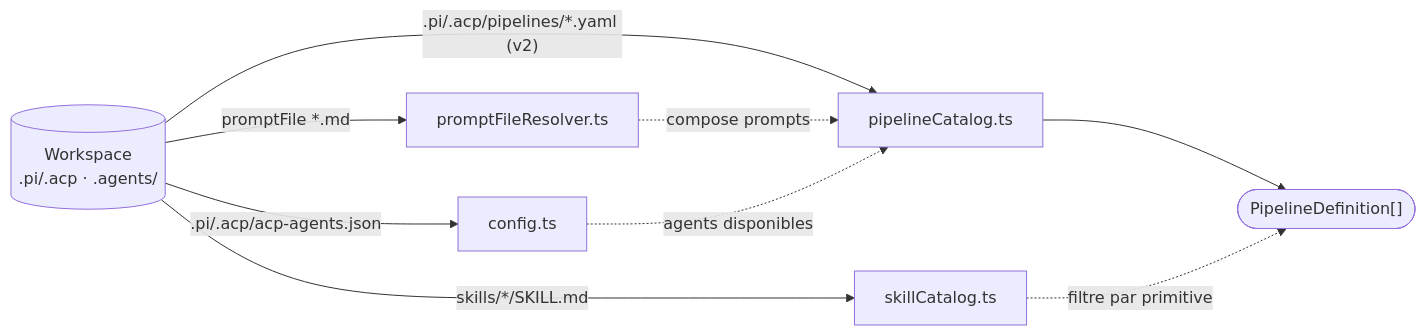
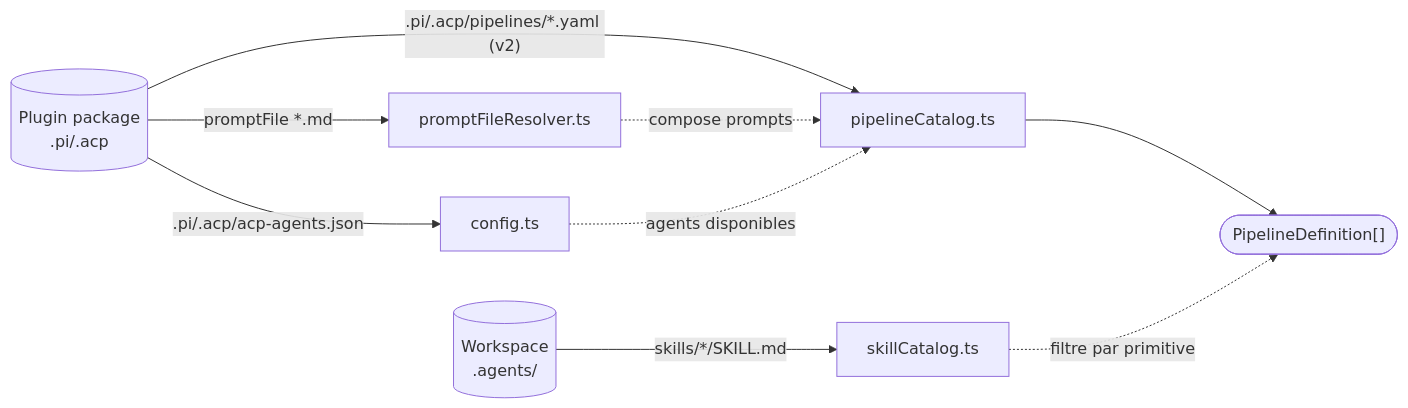
The second of 4 diagrams in plugin-pi/README.md (maurice30120/vscode-acp), drawn with Mermaid before and after one commit. The commit also changed other lines of this file and 202 other files, not shown here.

````diff
--- a/plugin-pi/README.md
+++ b/plugin-pi/README.md
@@ -241,19 +254,20 @@
 ```mermaid
 flowchart LR
-  Disk[("Workspace<br/>.pi/.acp · .agents/")]
+  Plugin[("Plugin package<br/>.pi/.acp")]
+  Disk[("Workspace<br/>.agents/")]
   Cfg["config.ts"]
   Pipes["pipelineCatalog.ts"]
   PromptFiles["promptFileResolver.ts"]
   Skills["skillCatalog.ts"]
   Defs(["PipelineDefinition[]"])
 
-  Disk -->|".pi/.acp/acp-agents.json"| Cfg
-  Disk -->|".pi/.acp/pipelines/*.yaml (v2)"| Pipes
-  Disk -->|"promptFile *.md"| PromptFiles
+  Plugin -->|".pi/.acp/acp-agents.json"| Cfg
+  Plugin -->|".pi/.acp/pipelines/*.yaml (v2)"| Pipes
+  Plugin -->|"promptFile *.md"| PromptFiles
   Disk -->|"skills/*/SKILL.md"| Skills
 
   Pipes --> Defs
   PromptFiles -.->|"compose prompts"| Pipes
   Cfg -.->|"agents disponibles"| Pipes
   Skills -.->|"filtre par primitive"| Defs
 ```
````
